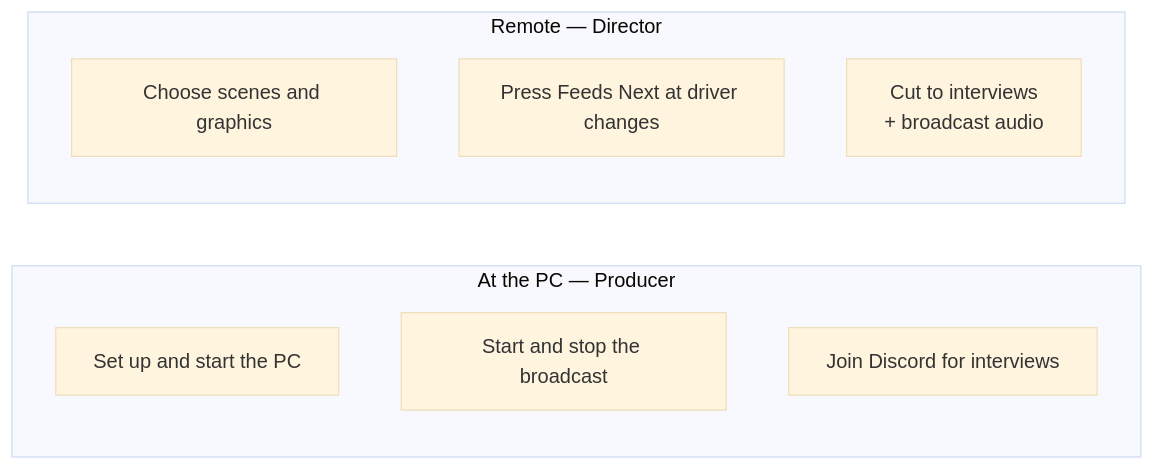
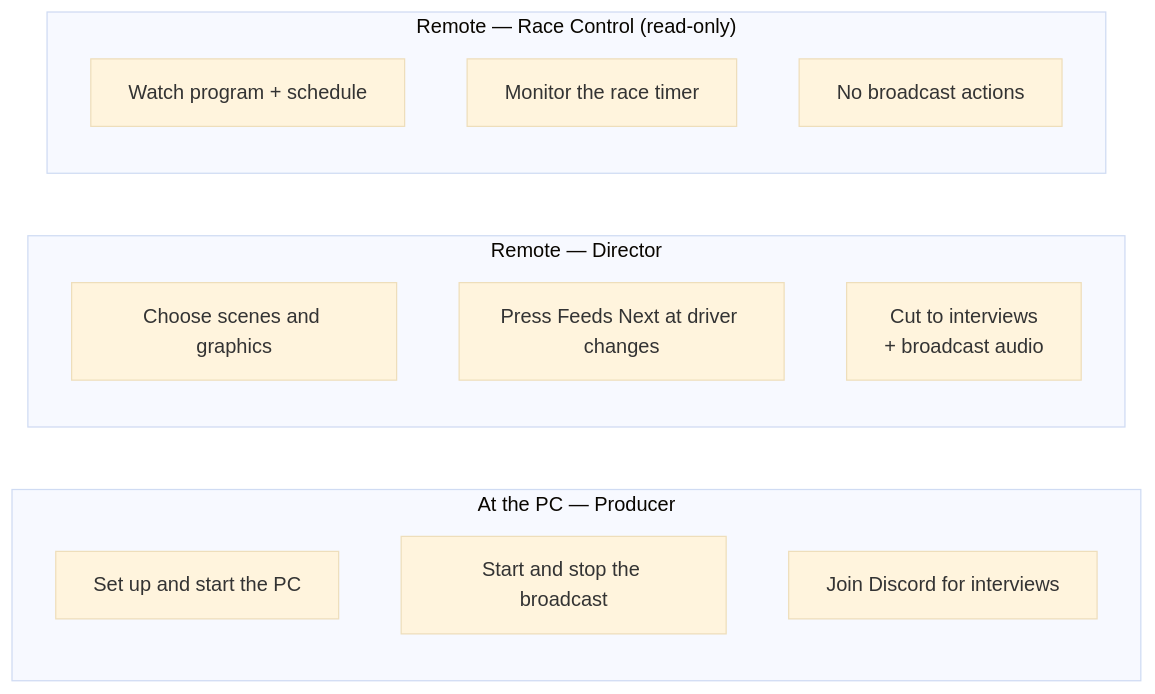
The diagram in src/docs/wiki/Who-does-what.md (jegr78/gt-endurance-racing-broadcast), drawn with Mermaid (base theme) before and after one commit. The commit also changed other lines of this file and 4 other files, not shown here.

````diff
--- a/src/docs/wiki/Who-does-what.md
+++ b/src/docs/wiki/Who-does-what.md
@@ -6,13 +7,18 @@
 ```mermaid
 flowchart LR
   subgraph P["At the PC — Producer"]
     P1["Set up and start the PC"]
     P2["Start and stop the broadcast"]
     P3["Join Discord for interviews"]
   end
   subgraph D["Remote — Director"]
     D1["Choose scenes and graphics"]
     D2["Press Feeds Next at driver changes"]
     D3["Cut to interviews<br/>+ broadcast audio"]
   end
+  subgraph RC["Remote — Race Control (read-only)"]
+    RC1["Watch program + schedule"]
+    RC2["Monitor the race timer"]
+    RC3["No broadcast actions"]
+  end
 ```
````
